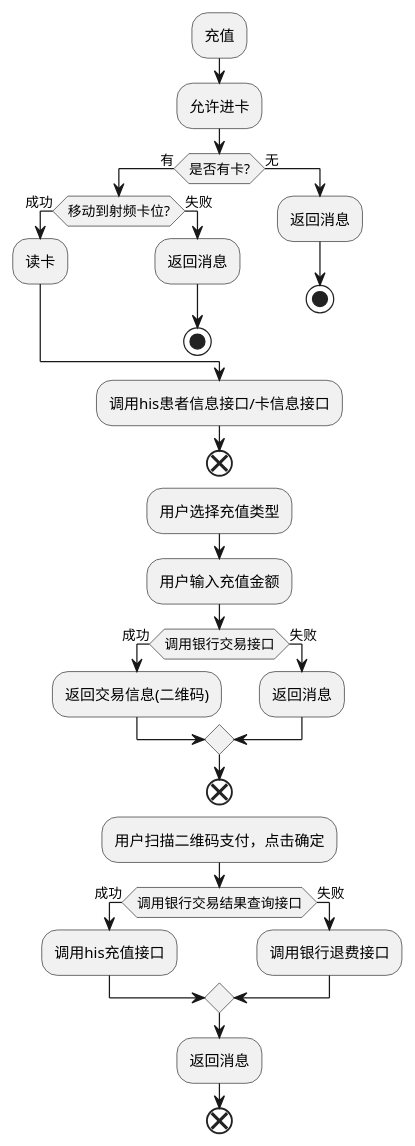
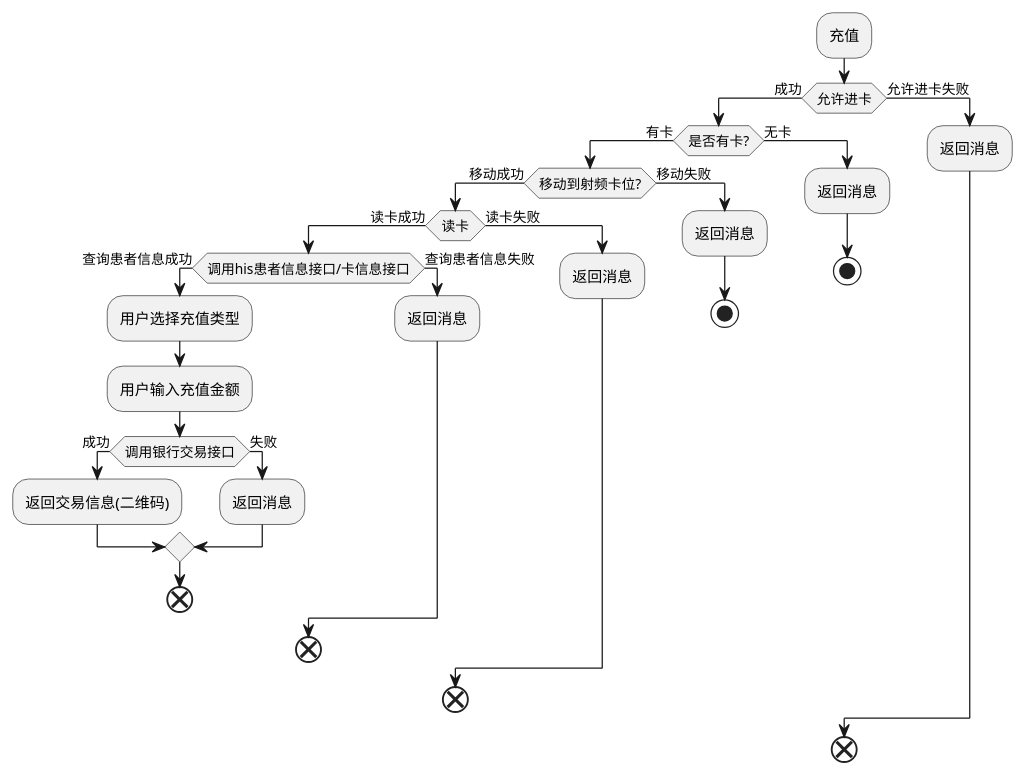
One commit to fraternity999/kiosk-web-service changed the diagram in process/门诊充值1.puml. Above: the diagram before and after it, drawn with PlantUML. The commit also changed 2 other files, not shown here.

Commit message:
feat(流程图): 新增办卡流程图

```diff
--- a/process/门诊充值1.puml
+++ b/process/门诊充值1.puml
@@ -1,35 +1,38 @@
 @startuml
 :充值;
-:允许进卡;
-if (是否有卡?) then (有)
-    if (移动到射频卡位?) then (成功)
-      :读卡;
-    else (失败)
-      :返回消息;
-      stop
+if(允许进卡) then(成功)
+    if (是否有卡?) then (有卡)
+        if (移动到射频卡位?) then (移动成功)
+            if(读卡) then(读卡成功)
+
+            if(调用his患者信息接口/卡信息接口) then (查询患者信息成功)
+                :用户选择充值类型;
+                :用户输入充值金额;
+                if (调用银行交易接口) then (成功)
+                :返回交易信息(二维码);
+                else(失败)
+                :返回消息;
+                endif
+                end
+            else(查询患者信息失败)
+                :返回消息;
+            endif
+                end
+
+            else(读卡失败)
+                :返回消息;
+            endif
+                end
+        else (移动失败)
+        :返回消息;
+        stop
+        endif
+    else (无卡)
+    :返回消息;
+        stop
     endif
-else (无)
-:返回消息;
-stop
-endif
-:调用his患者信息接口/卡信息接口;
-end
-
-:用户选择充值类型;
-:用户输入充值金额;
-if (调用银行交易接口) then (成功)
-:返回交易信息(二维码);
-else(失败)
+else(允许进卡失败)
 :返回消息;
 endif
 end
-
-:用户扫描二维码支付，点击确定;
-if(调用银行交易结果查询接口) then(成功)
-:调用his充值接口;
-else(失败)
-:调用银行退费接口;
-endif
-:返回消息;
-end
 @enduml
```
